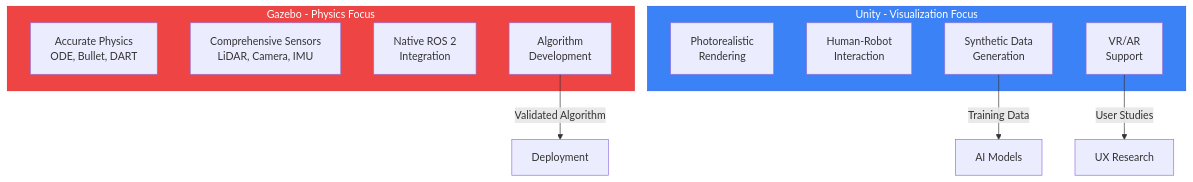
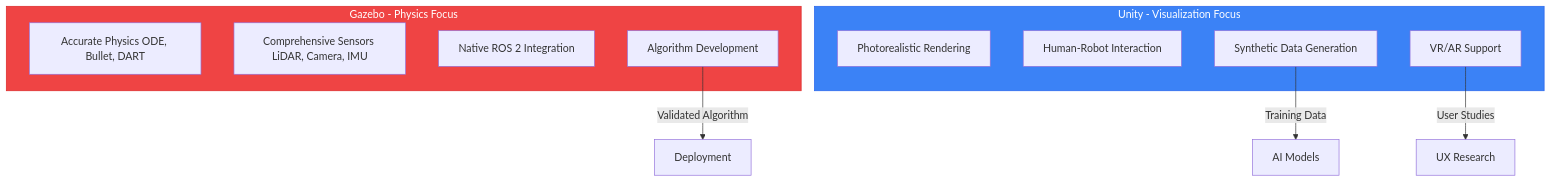
One commit to shakir-hussain1/physical-AI-and-humanoid-robotics-textbook-by-shakir-hussain changed the first of 4 diagrams in docs/modules/module-2-digital-twin/chapter-08-unity.md. Above: the diagram before and after it, drawn with Mermaid. The commit also changed other lines of this file and 17 other files, not shown here.

Commit message:
fix: Remove br tags from Mermaid diagrams causing parse errors

````diff
--- a/docs/modules/module-2-digital-twin/chapter-08-unity.md
+++ b/docs/modules/module-2-digital-twin/chapter-08-unity.md
@@ -35,23 +35,23 @@
 ```mermaid
 flowchart TD
     subgraph Gazebo["Gazebo - Physics Focus"]
-        GPHYS[Accurate Physics<br/>ODE, Bullet, DART]
-        GSENS[Comprehensive Sensors<br/>LiDAR, Camera, IMU]
-        GROS[Native ROS 2<br/>Integration]
-        GALG[Algorithm<br/>Development]
+        GPHYS[Accurate Physics ODE, Bullet, DART]
+        GSENS[Comprehensive Sensors LiDAR, Camera, IMU]
+        GROS[Native ROS 2 Integration]
+        GALG[Algorithm Development]
     end
 
     subgraph Unity["Unity - Visualization Focus"]
-        UVIS[Photorealistic<br/>Rendering]
-        UHR[Human-Robot<br/>Interaction]
-        USYN[Synthetic Data<br/>Generation]
-        UVRAR[VR/AR<br/>Support]
+        UVIS[Photorealistic Rendering]
+        UHR[Human-Robot Interaction]
+        USYN[Synthetic Data Generation]
+        UVRAR[VR/AR Support]
     end
 
     GALG -->|Validated Algorithm| DEPLOY[Deployment]
     USYN -->|Training Data| AI[AI Models]
     UVRAR -->|User Studies| UX[UX Research]
 
     style Gazebo fill:#ef4444,stroke:#dc2626,color:#fff
     style Unity fill:#3b82f6,stroke:#2563eb,color:#fff
 ```
````
